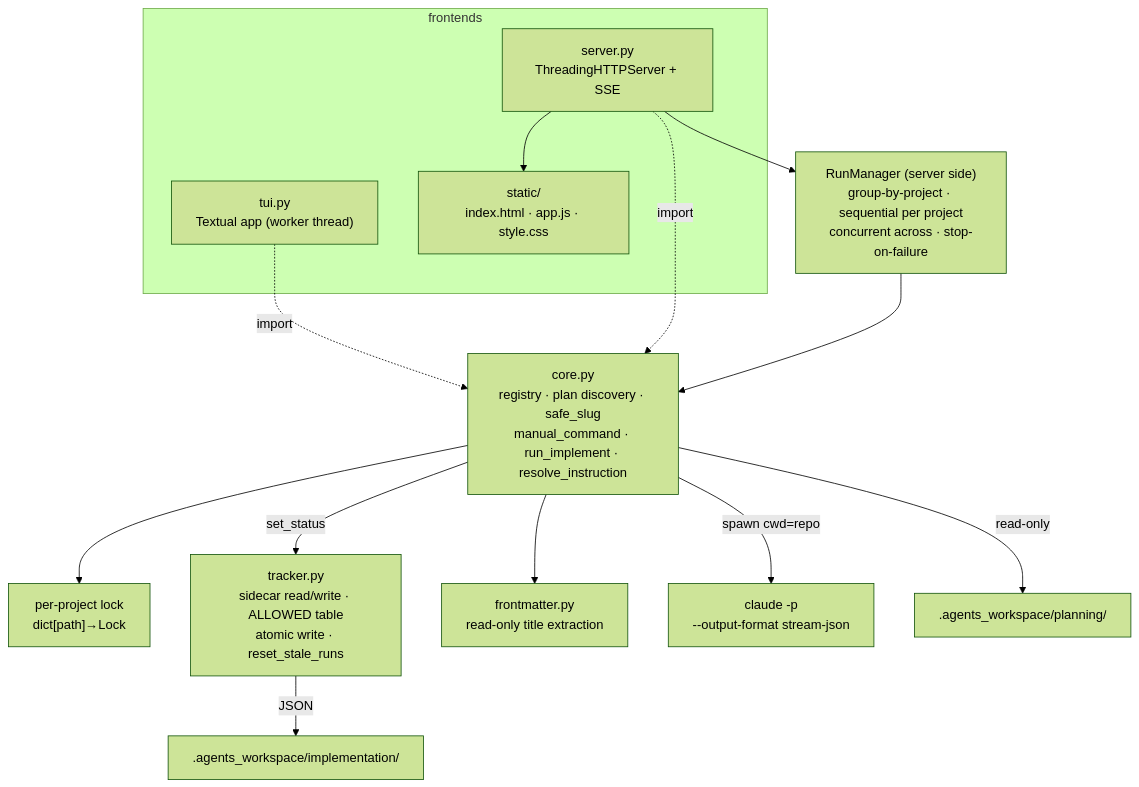
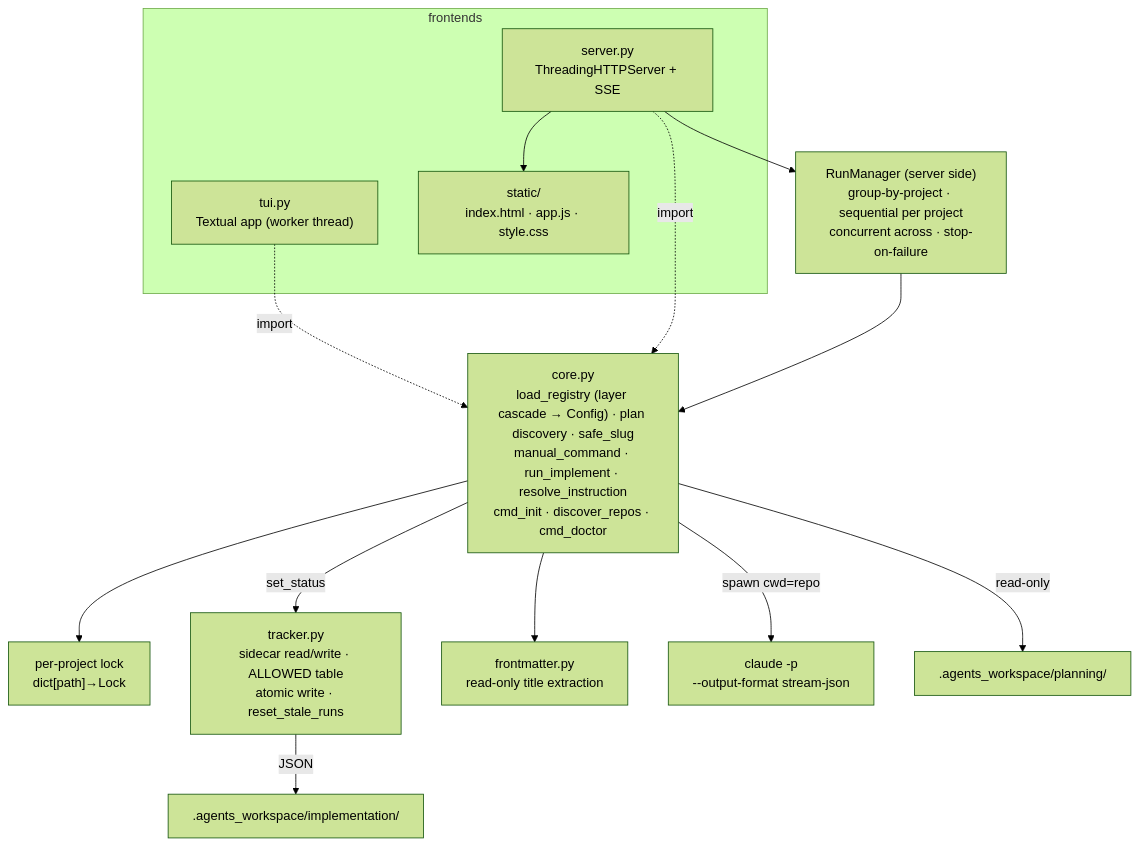
One commit to cheneeheng/docket changed the second of 5 diagrams in .agents_workspace/ARCHITECTURE.md. Above: the diagram before and after it, drawn with Mermaid (forest theme). The commit also changed other lines of this file and 30 other files, not shown here.

First line of the commit message:
feat(config): layered registry with init/doctor and JSON schema

````diff
--- a/.agents_workspace/ARCHITECTURE.md
+++ b/.agents_workspace/ARCHITECTURE.md
@@ -30,25 +35,25 @@
 ```mermaid
 flowchart TD
     subgraph frontends
         tui["tui.py<br/>Textual app (worker thread)"]
         server["server.py<br/>ThreadingHTTPServer + SSE"]
         static["static/<br/>index.html · app.js · style.css"]
     end
-    core["core.py<br/>registry · plan discovery · safe_slug<br/>manual_command · run_implement · resolve_instruction"]
+    core["core.py<br/>load_registry (layer cascade → Config) · plan discovery · safe_slug<br/>manual_command · run_implement · resolve_instruction<br/>cmd_init · discover_repos · cmd_doctor"]
     rm["RunManager (server side)<br/>group-by-project · sequential per project<br/>concurrent across · stop-on-failure"]
     lock["per-project lock<br/>dict[path]→Lock"]
     tracker["tracker.py<br/>sidecar read/write · ALLOWED table<br/>atomic write · reset_stale_runs"]
     fm["frontmatter.py<br/>read-only title extraction"]
     cc["claude -p<br/>--output-format stream-json"]
 
     server --> static
     tui -.->|import| core
     server -.->|import| core
     server --> rm --> core
     core --> lock
     core --> fm
     core -->|set_status| tracker
     core -->|spawn cwd=repo| cc
     tracker -->|JSON| sidecar[".agents_workspace/implementation/"]
     core -->|read-only| plans[".agents_workspace/planning/"]
 ```
````
